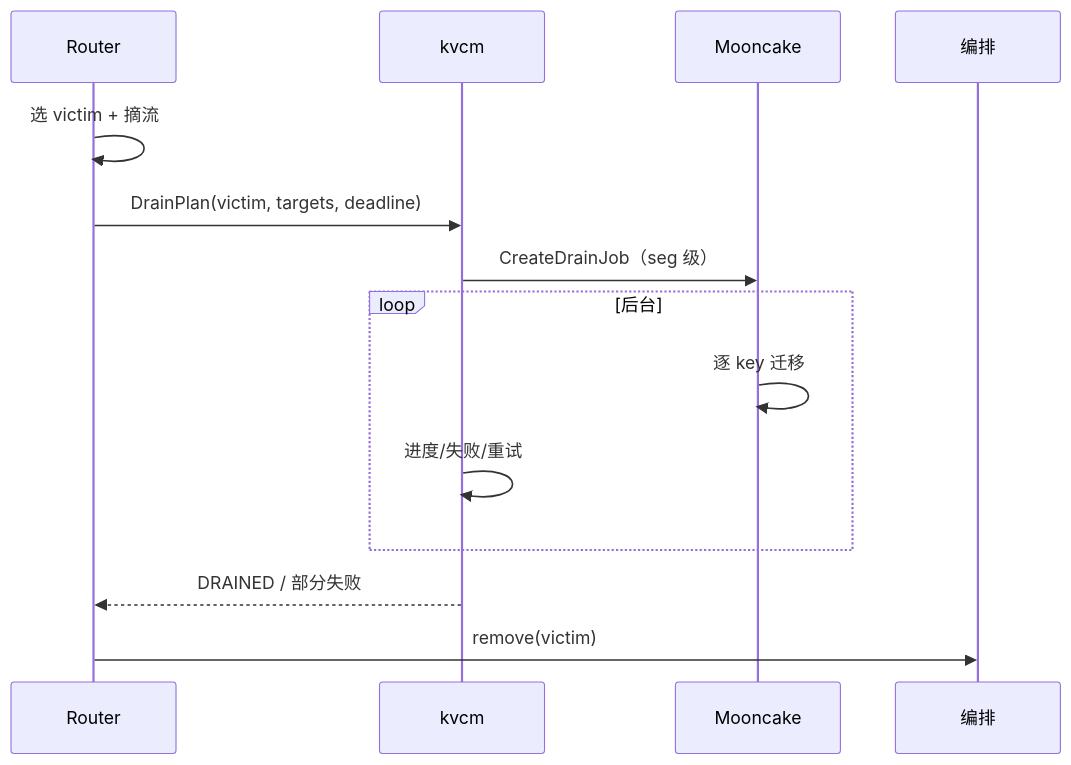
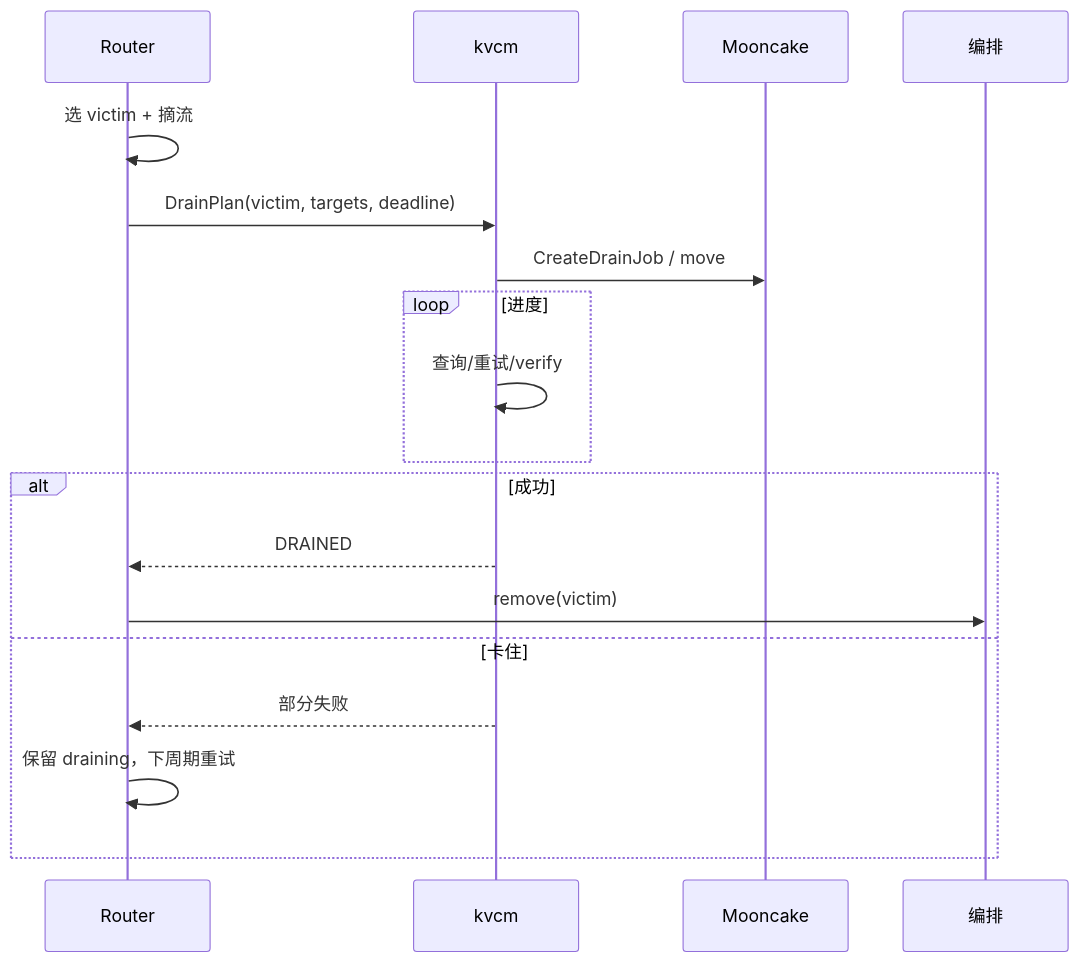
One commit to 5x8-40/lake changed the eighth of 9 diagrams in kvcm/design/D9-kv-services.md. Above: the diagram before and after it, drawn with Mermaid. The commit also changed other lines of this file and 5 other files, not shown here.

````diff
--- a/kvcm/design/D9-kv-services.md
+++ b/kvcm/design/D9-kv-services.md
@@ -504,17 +281,21 @@
 ```mermaid
 sequenceDiagram
     participant R as Router
     participant K as kvcm
     participant M as Mooncake
     participant O as 编排
 
     R->>R: 选 victim + 摘流
     R->>K: DrainPlan(victim, targets, deadline)
-    K->>M: CreateDrainJob（seg 级）
-    loop 后台
-        M->>M: 逐 key 迁移
-        K->>K: 进度/失败/重试
+    K->>M: CreateDrainJob / move
+    loop 进度
+        K->>K: 查询/重试/verify
     end
-    K-->>R: DRAINED / 部分失败
-    R->>O: remove(victim)
+    alt 成功
+        K-->>R: DRAINED
+        R->>O: remove(victim)
+    else 卡住
+        K-->>R: 部分失败
+        R->>R: 保留 draining，下周期重试
+    end
 ```
````
